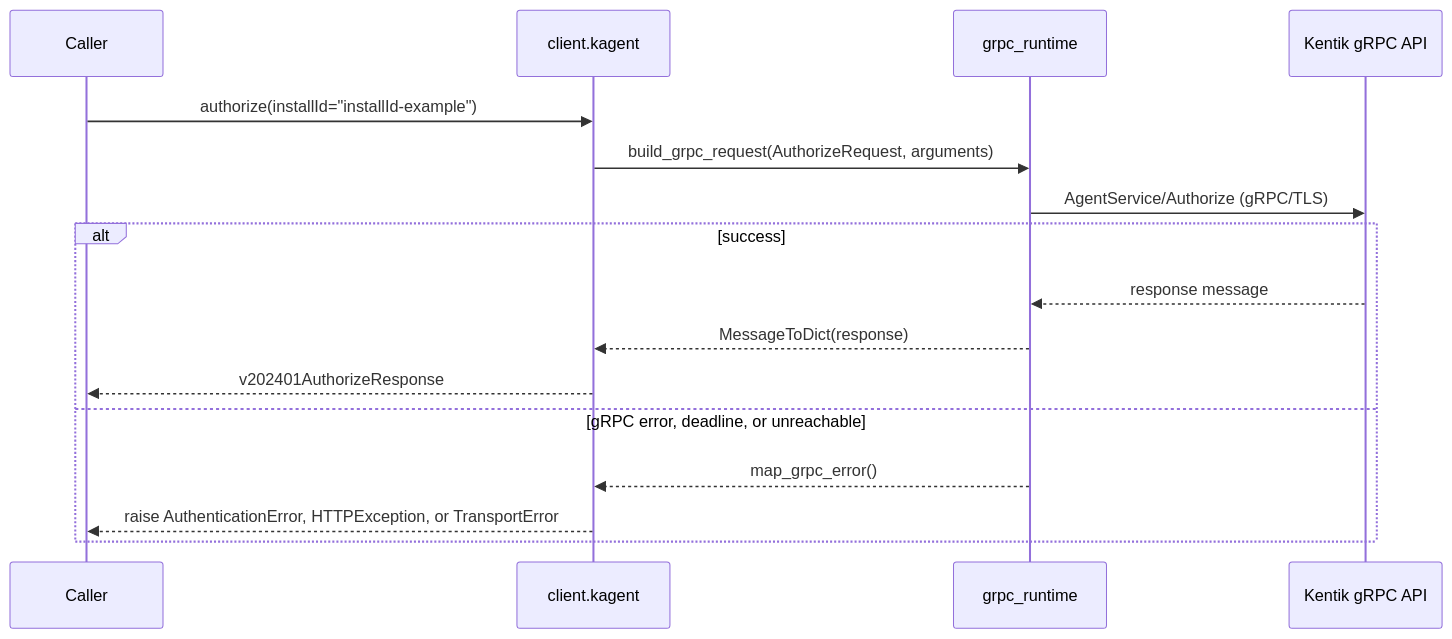
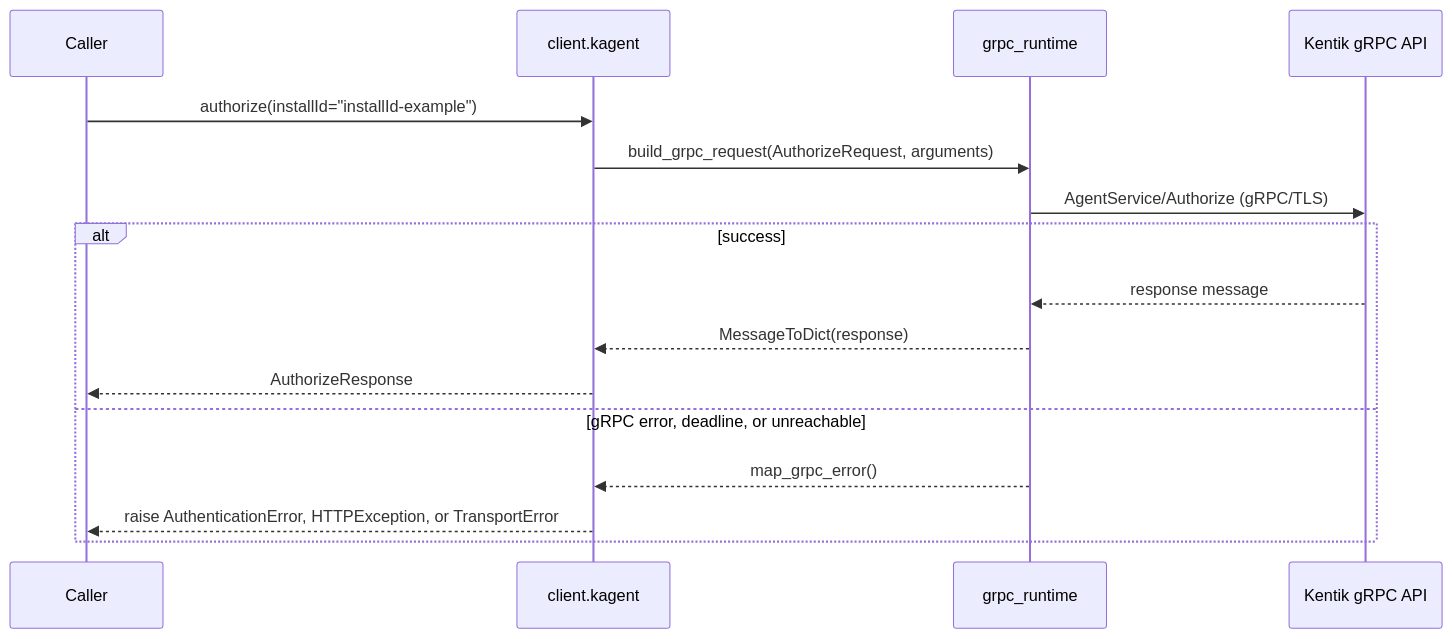
The seventh of 58 diagrams in docs/sphinx/services/kagent.md (alexdearaujo/community_sdk_python), drawn with Mermaid before and after one commit. The commit also changed other lines of this file and 38 other files, not shown here.

````diff
--- a/docs/sphinx/services/kagent.md
+++ b/docs/sphinx/services/kagent.md
@@ -214,19 +214,19 @@
 ```mermaid
 sequenceDiagram
     participant C as Caller
     participant W as client.kagent
     participant R as grpc_runtime
     participant API as Kentik gRPC API
 
     C->>W: authorize(installId="installId-example")
     W->>R: build_grpc_request(AuthorizeRequest, arguments)
     R->>API: AgentService/Authorize (gRPC/TLS)
     alt success
         API-->>R: response message
         R-->>W: MessageToDict(response)
-        W-->>C: v202401AuthorizeResponse
+        W-->>C: AuthorizeResponse
     else gRPC error, deadline, or unreachable
         R-->>W: map_grpc_error()
         W-->>C: raise AuthenticationError, HTTPException, or TransportError
     end
 ```
````
